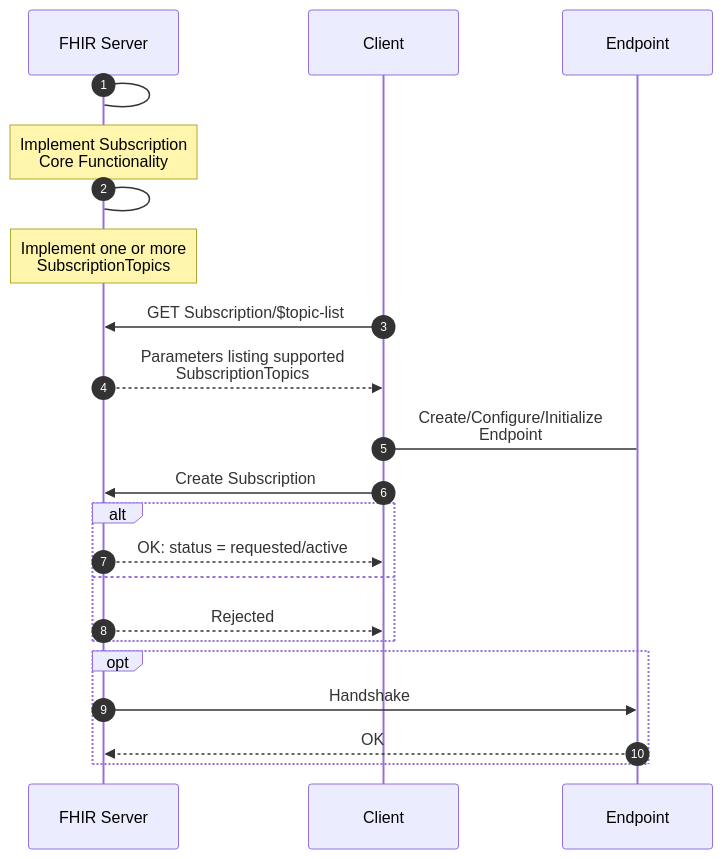
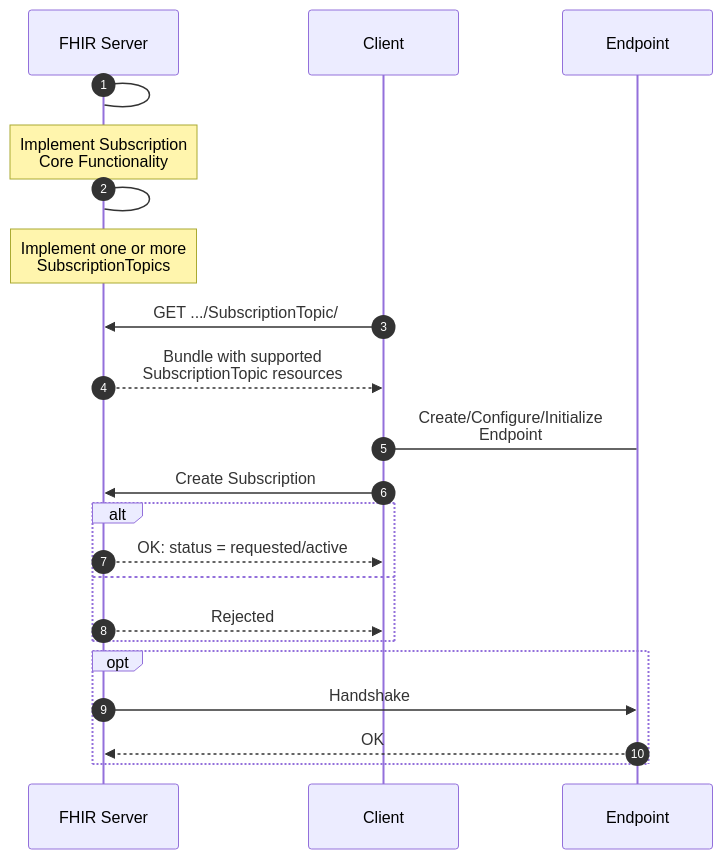
One commit to HL7/fhir-subscription-backport-ig changed the diagram in input/pagecontent/workflow-diagrams.md. Above: the diagram before and after it, drawn with Mermaid. The commit also changed 9 other files, not shown here.

````diff
--- a/input/pagecontent/workflow-diagrams.md
+++ b/input/pagecontent/workflow-diagrams.md
@@ -1,30 +1,30 @@
 ```mermaid
 sequenceDiagram
   autonumber
   participant S as FHIR Server
   participant C as Client
   participant E as Endpoint
 
   S->S: 
   Note over S: Implement Subscription<br/>Core Functionality
 
   S->S: 
   Note over S: Implement one or more<br/>SubscriptionTopics
 
-  C->>S: GET Subscription/$topic-list
-  S-->>C: Parameters listing supported<br/>SubscriptionTopics
+  C->>S: GET .../SubscriptionTopic/
+  S-->>C: Bundle with supported<br/>SubscriptionTopic resources
 
   C->E: Create/Configure/Initialize<br/>Endpoint
   
   C->>S: Create Subscription
   alt
     S-->>C: OK: status = requested/active
   else 
     S-->>C: Rejected
   end
 
   opt
     S->>E: Handshake
     E-->>S: OK
   end
 ```
````
